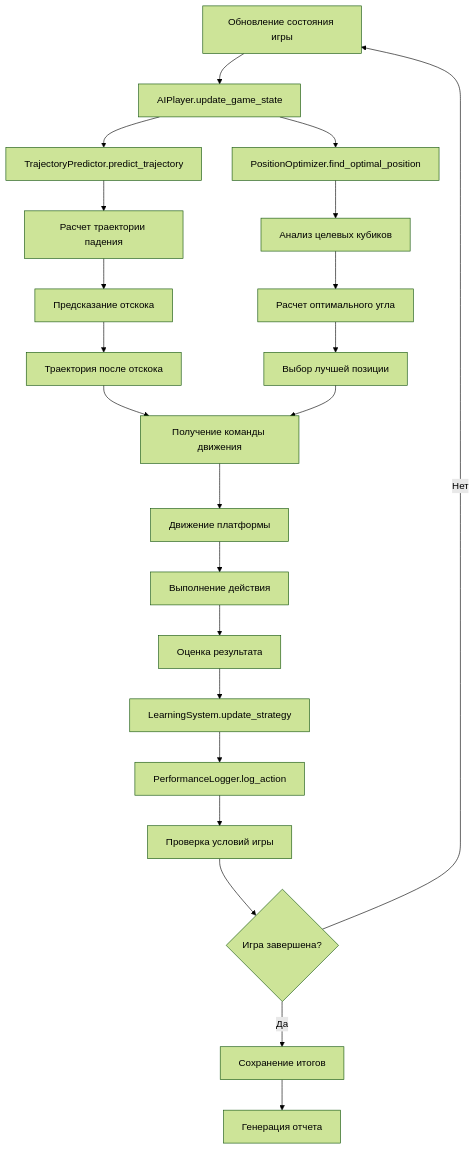
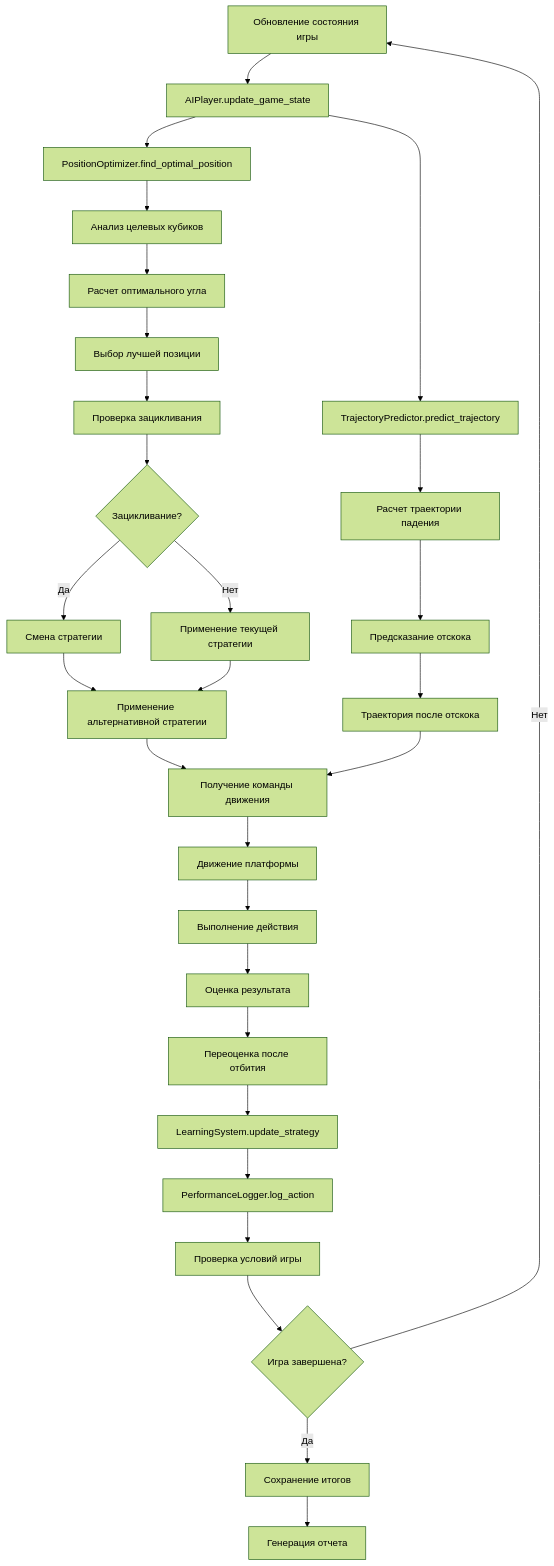
One commit to LeraTheUnicorn/PygameArkanoid changed the second of 4 diagrams in AI_ARCHITECTURE_DIAGRAM.md. Above: the diagram before and after it, drawn with Mermaid (forest theme). The commit also changed other lines of this file and 4 other files, not shown here.

````diff
--- a/AI_ARCHITECTURE_DIAGRAM.md
+++ b/AI_ARCHITECTURE_DIAGRAM.md
@@ -69,29 +100,37 @@
 ```mermaid
 flowchart TD
     A[Обновление состояния игры] --> B[AIPlayer.update_game_state]
     B --> C[TrajectoryPredictor.predict_trajectory]
     B --> D[PositionOptimizer.find_optimal_position]
     
     C --> E[Расчет траектории падения]
     E --> F[Предсказание отскока]
     F --> G[Траектория после отскока]
     
     D --> H[Анализ целевых кубиков]
     H --> I[Расчет оптимального угла]
     I --> J[Выбор лучшей позиции]
     
-    G --> K[Получение команды движения]
-    J --> K
-    K --> L[Движение платформы]
+    J --> K[Проверка зацикливания]
+    K --> L{Зацикливание?}
+    L -->|Да| M[Смена стратегии]
+    L -->|Нет| N[Применение текущей стратегии]
+    M --> O[Применение альтернативной стратегии]
+    N --> O
+    O --> P[Получение команды движения]
     
-    L --> M[Выполнение действия]
-    M --> N[Оценка результата]
-    N --> O[LearningSystem.update_strategy]
-    O --> P[PerformanceLogger.log_action]
+    G --> P
+    P --> Q[Движение платформы]
     
-    P --> Q[Проверка условий игры]
-    Q --> R{Игра завершена?}
-    R -->|Нет| A
-    R -->|Да| S[Сохранение итогов]
-    S --> T[Генерация отчета]
+    Q --> R[Выполнение действия]
+    R --> S[Оценка результата]
+    S --> T[Переоценка после отбития]
+    T --> U[LearningSystem.update_strategy]
+    U --> V[PerformanceLogger.log_action]
+    
+    V --> W[Проверка условий игры]
+    W --> X{Игра завершена?}
+    X -->|Нет| A
+    X -->|Да| Y[Сохранение итогов]
+    Y --> Z[Генерация отчета]
 ```
````
